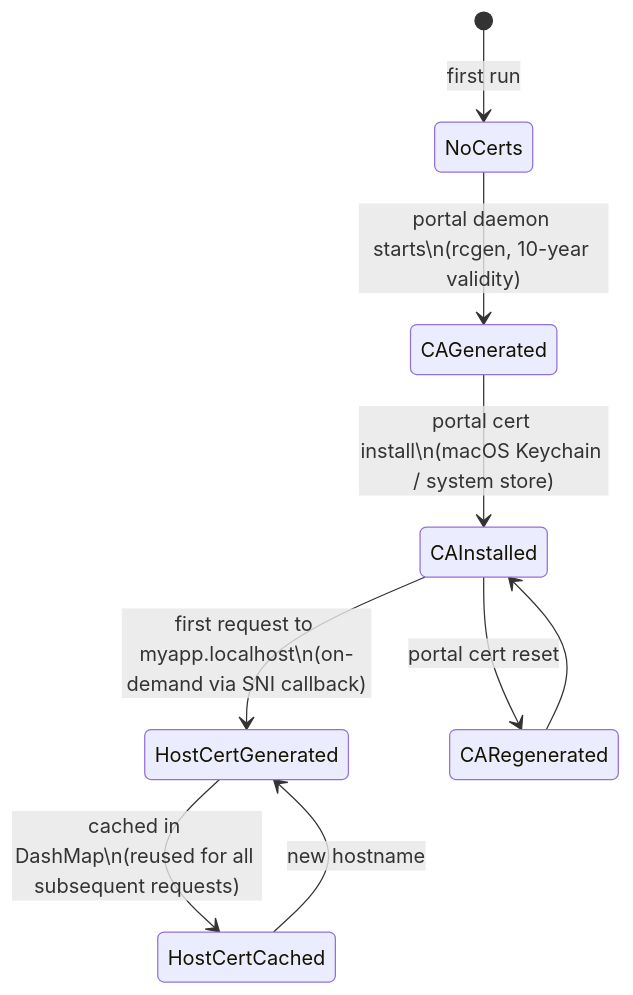
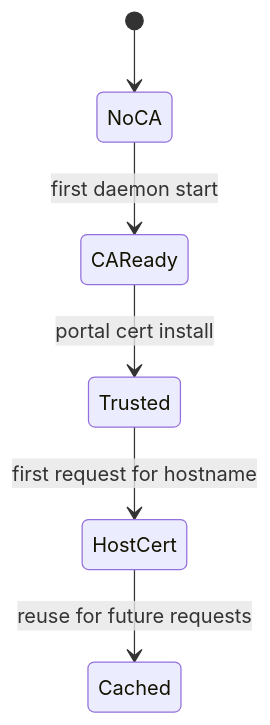
Before and after one commit to been-there-done-that/portal: the seventh of 8 diagrams in README.md, drawn with Mermaid. The commit also changed other lines of this file and 4 other files, not shown here.

````diff
--- a/README.md
+++ b/README.md
@@ -237,11 +293,8 @@
 ```mermaid
 stateDiagram-v2
-    [*] --> NoCerts: first run
-    NoCerts --> CAGenerated: portal daemon starts\n(rcgen, 10-year validity)
-    CAGenerated --> CAInstalled: portal cert install\n(macOS Keychain / system store)
-    CAInstalled --> HostCertGenerated: first request to myapp.localhost\n(on-demand via SNI callback)
-    HostCertGenerated --> HostCertCached: cached in DashMap\n(reused for all subsequent requests)
-    HostCertCached --> HostCertGenerated: new hostname
-    CAInstalled --> CARegenerated: portal cert reset
-    CARegenerated --> CAInstalled
+    [*] --> NoCA
+    NoCA --> CAReady: first daemon start
+    CAReady --> Trusted: portal cert install
+    Trusted --> HostCert: first request for hostname
+    HostCert --> Cached: reuse for future requests
 ```
````
